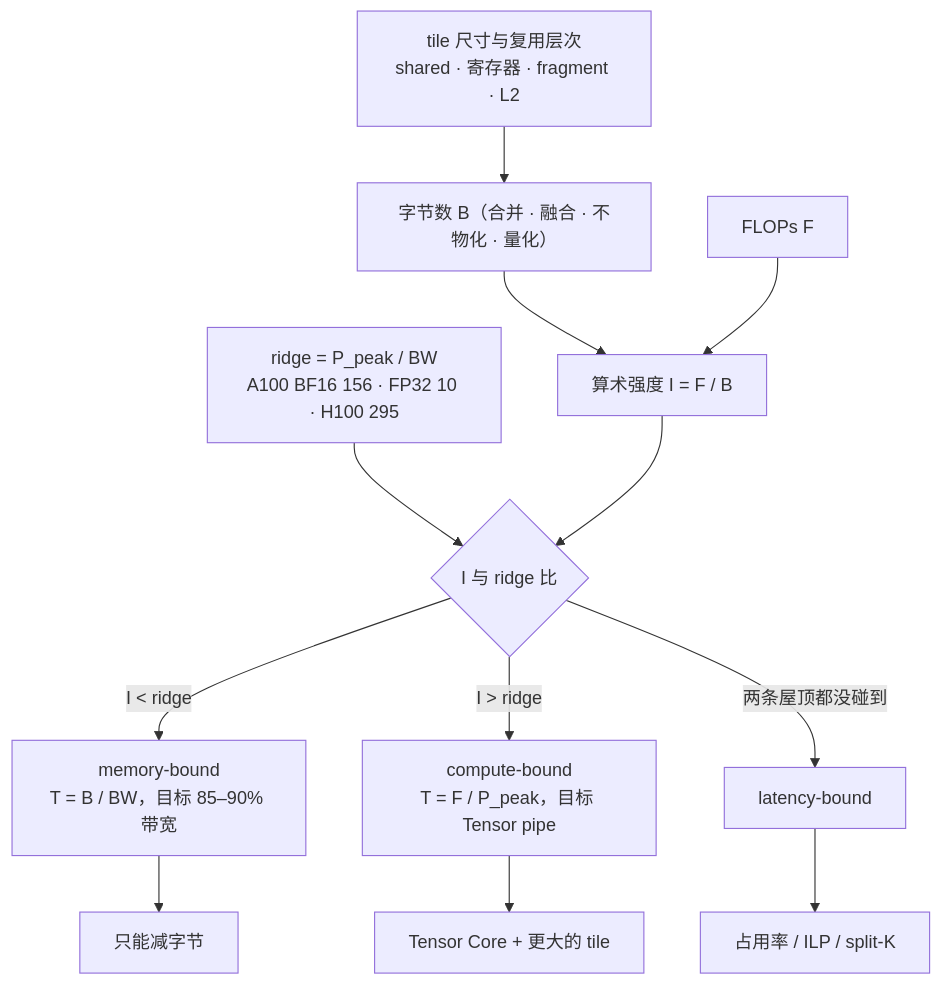
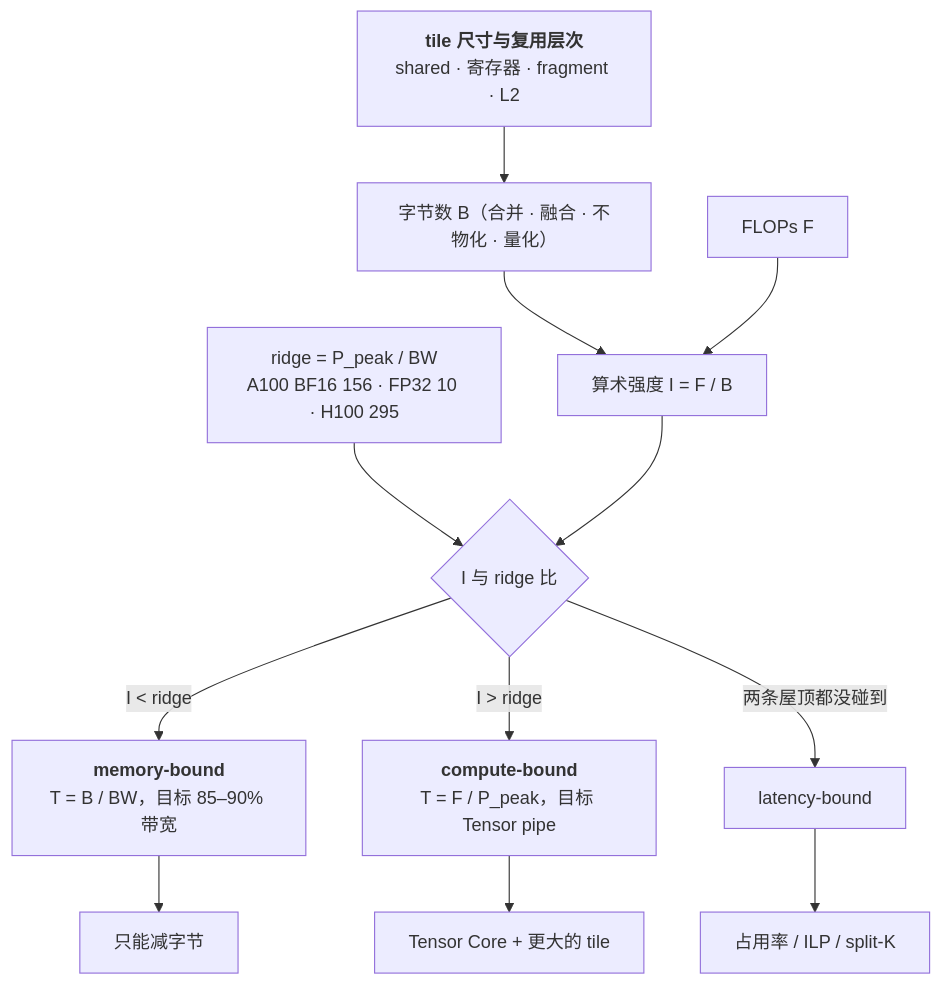
Before and after one commit to arganzheng/arganzheng.github.com: the second of 2 diagrams in _posts/2026-05-20-gpu-kernel-engineering-series-recap-and-self-test.md, drawn with Mermaid. The commit also changed other lines of this file and 10 other files, not shown here.

First line of the commit message:
GPU Kernel 工程：从 CUDA 执行模型到 FlashAttention：Mermaid 多行方框的首行标为标题（11 篇）

````diff
--- a/_posts/2026-05-20-gpu-kernel-engineering-series-recap-and-self-test.md
+++ b/_posts/2026-05-20-gpu-kernel-engineering-series-recap-and-self-test.md
@@ -279,15 +279,15 @@
 ```mermaid
 %% 图：kernel 优化的判断顺序：算术强度与 ridge 比较，memory-bound 只能减字节，compute-bound 上 Tensor Core，latency-bound 提在飞
 flowchart TB
     B["字节数 B（合并 · 融合 · 不物化 · 量化）"] --> I["算术强度 I = F / B"]
     F["FLOPs F"] --> I
-    tile["tile 尺寸与复用层次<br/>shared · 寄存器 · fragment · L2"] --> B
+    tile["<b>tile 尺寸与复用层次</b><br/>shared · 寄存器 · fragment · L2"] --> B
     ridge["ridge = P_peak / BW<br/>A100 BF16 156 · FP32 10 · H100 295"] --> cmp{"I 与 ridge 比"}
     I --> cmp
-    cmp -- "I < ridge" --> mem["memory-bound<br/>T = B / BW，目标 85–90% 带宽"]
-    cmp -- "I > ridge" --> comp["compute-bound<br/>T = F / P_peak，目标 Tensor pipe"]
+    cmp -- "I < ridge" --> mem["<b>memory-bound</b><br/>T = B / BW，目标 85–90% 带宽"]
+    cmp -- "I > ridge" --> comp["<b>compute-bound</b><br/>T = F / P_peak，目标 Tensor pipe"]
     cmp -- "两条屋顶都没碰到" --> lat["latency-bound"]
     mem --> lessB["只能减字节"]
     comp --> tc["Tensor Core + 更大的 tile"]
     lat --> occ["占用率 / ILP / split-K"]
 ```
````
